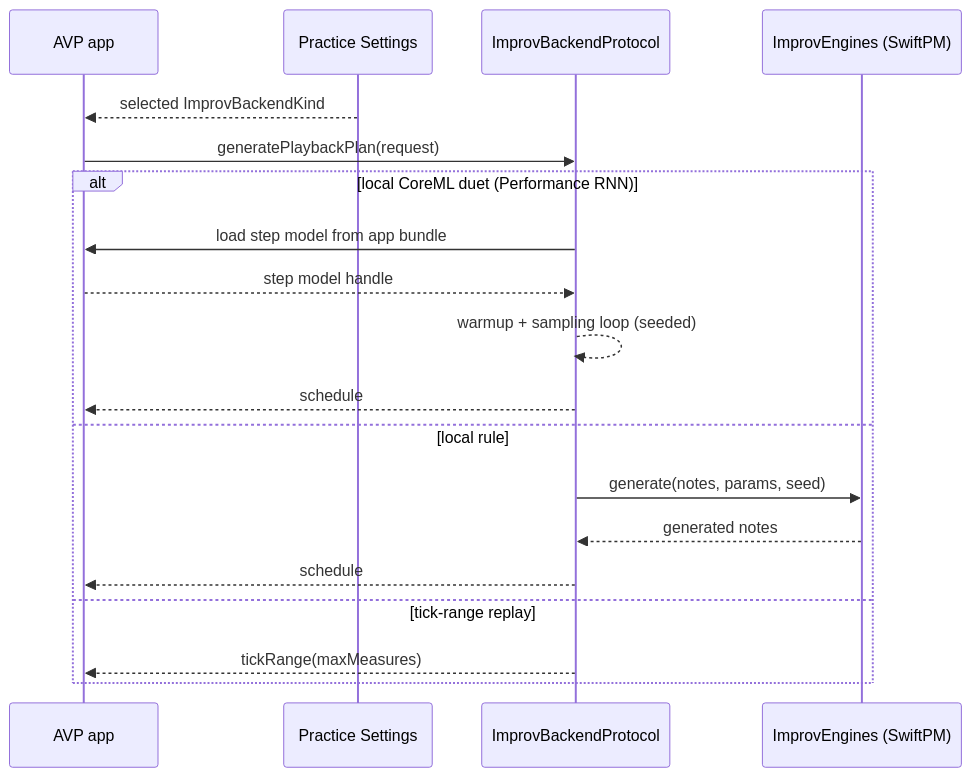
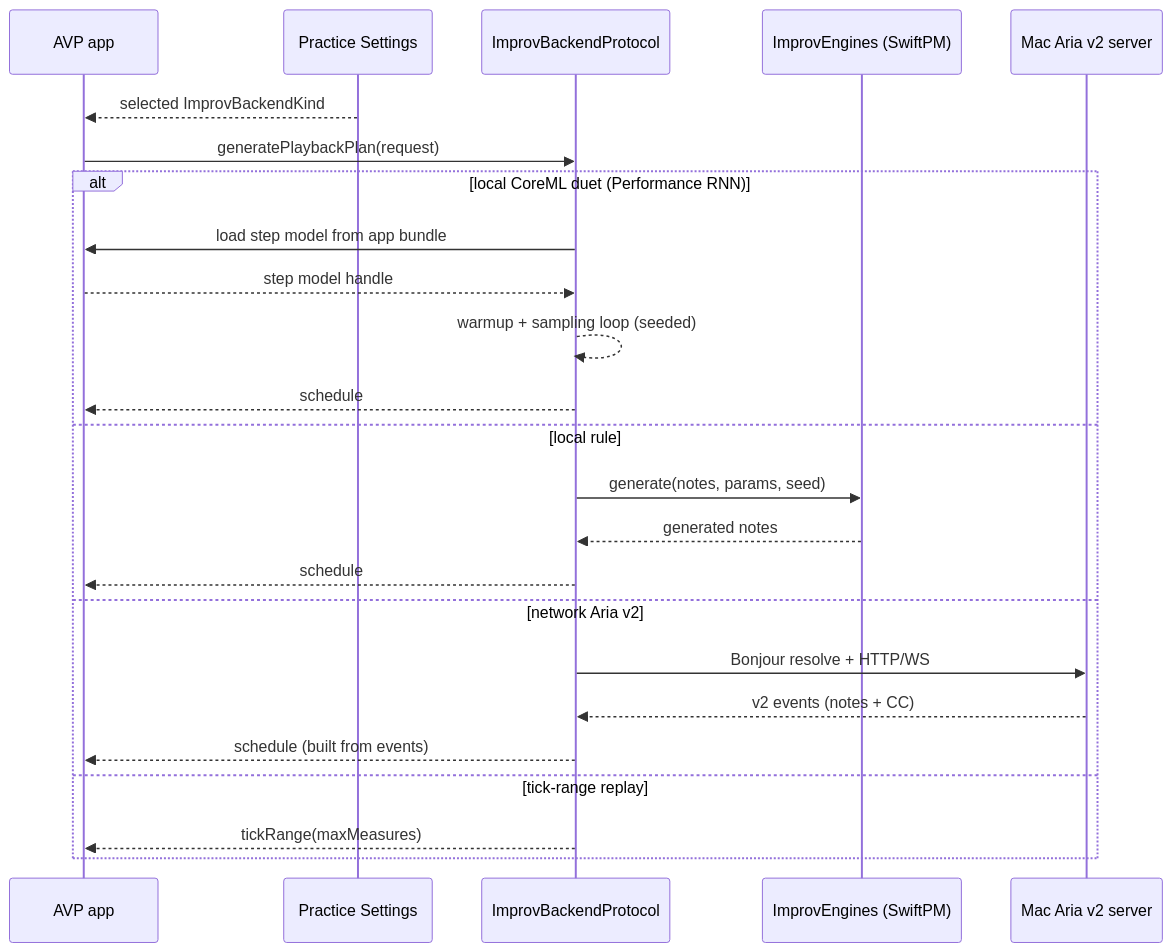
Before and after one commit to chiimagnus/Amoroso: the fourth of 4 diagrams in docs/data-flow.md, drawn with Mermaid. The commit also changed other lines of this file and 8 other files, not shown here.

Commit message:
docs: update docs for optional Aria v2 network backend

````diff
--- a/docs/data-flow.md
+++ b/docs/data-flow.md
@@ -106,22 +113,27 @@
 ```mermaid
 sequenceDiagram
   participant AVP as AVP app
   participant Settings as Practice Settings
   participant Backend as ImprovBackendProtocol
   participant Engines as ImprovEngines (SwiftPM)
+  participant Aria as Mac Aria v2 server
 
   Settings-->>AVP: selected ImprovBackendKind
   AVP->>Backend: generatePlaybackPlan(request)
   alt local CoreML duet (Performance RNN)
     Backend->>AVP: load step model from app bundle
     AVP-->>Backend: step model handle
     Backend-->>Backend: warmup + sampling loop (seeded)
     Backend-->>AVP: schedule
   else local rule
     Backend->>Engines: generate(notes, params, seed)
     Engines-->>Backend: generated notes
     Backend-->>AVP: schedule
+  else network Aria v2
+    Backend->>Aria: Bonjour resolve + HTTP/WS
+    Aria-->>Backend: v2 events (notes + CC)
+    Backend-->>AVP: schedule (built from events)
   else tick-range replay
     Backend-->>AVP: tickRange(maxMeasures)
   end
 ```
````
